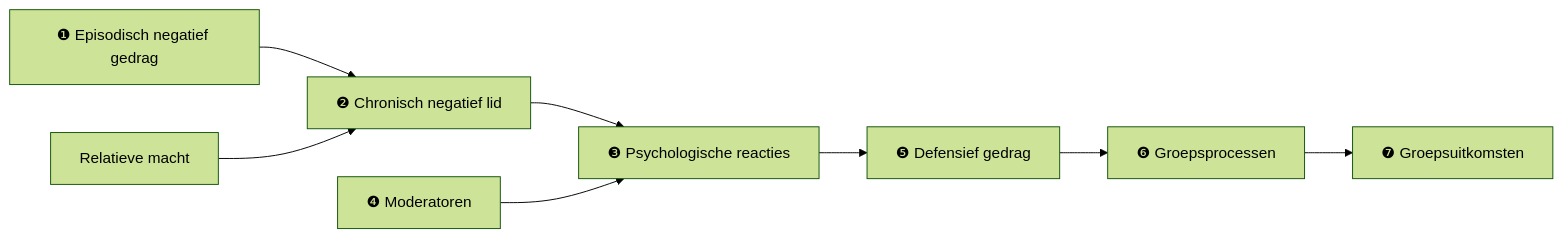
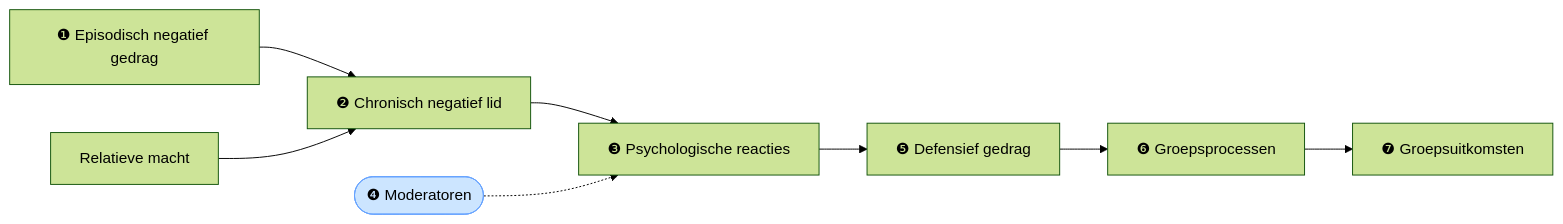
One commit to johantre/ai-value-flow-lab changed the second of 2 diagrams in articles/felps-mitchell-byington-how-when-why-bad-apples-2006.md. Above: the diagram before and after it, drawn with Mermaid (forest theme).

Commit message:
Restyle moderator node: pill shape, dashed arrow, light blue to signal context factor

````diff
--- a/articles/felps-mitchell-byington-how-when-why-bad-apples-2006.md
+++ b/articles/felps-mitchell-byington-how-when-why-bad-apples-2006.md
@@ -81,10 +81,11 @@
 ```mermaid
 graph LR
     A[❶ Episodisch negatief gedrag] --> B[❷ Chronisch negatief lid]
     B --> C[❸ Psychologische reacties]
     C --> D[❺ Defensief gedrag]
     D --> E[❻ Groepsprocessen]
     E --> F[❼ Groepsuitkomsten]
-    G[❹ Moderatoren] --> C
+    G([❹ Moderatoren]) -.-> C
     H[Relatieve macht] --> B
+    style G fill:#cce5ff,stroke:#66a3ff,color:#000
 ```
````
